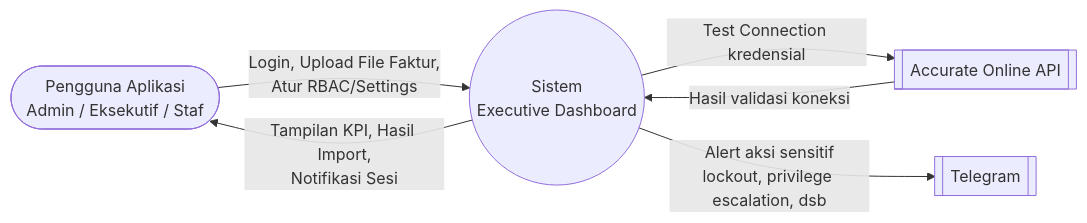
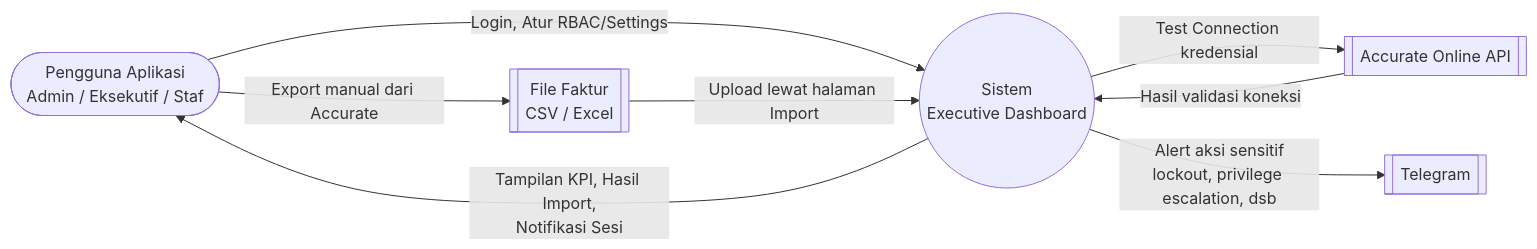
One commit to wp-datascape/e-dashboard changed the first of 4 diagrams in user_guide.md. Above: the diagram before and after it, drawn with Mermaid. The commit also changed other lines of this file and 1 other file, not shown here.

Commit message:
fix: label dropdown Division + lengkapi DFD import data di user guide
- ScopeFilterFields: opsi "all" dropdown Division pakai label "All
  Divisions" (konsisten dengan "All Entities" di dropdown Company),
  sebelumnya cuma "All" generik
- user_guide.md: DFD Level 0 tambah entitas eksplisit "File Faktur
  (CSV/Excel)" - sebelumnya jalur import data cuma tersirat di teks
  panah, sementara Accurate Online API sudah punya box sendiri padahal
  cuma dipakai utk Test Connection (bukan sumber data yang berfungsi)

````diff
--- a/user_guide.md
+++ b/user_guide.md
@@ -643,15 +643,18 @@
 ```mermaid
 flowchart LR
     User([Pengguna Aplikasi<br/>Admin / Eksekutif / Staf])
+    FileImport[[File Faktur<br/>CSV / Excel]]
     Sistem((Sistem<br/>Executive Dashboard))
     Accurate[[Accurate Online API]]
     Telegram[[Telegram]]
 
-    User -->|Login, Upload File Faktur,<br/>Atur RBAC/Settings| Sistem
+    User -->|Login, Atur RBAC/Settings| Sistem
+    User -->|Export manual dari Accurate| FileImport
+    FileImport -->|Upload lewat halaman Import| Sistem
     Sistem -->|Tampilan KPI, Hasil Import,<br/>Notifikasi Sesi| User
 
     Sistem -->|Test Connection kredensial| Accurate
     Accurate -->|Hasil validasi koneksi| Sistem
 
     Sistem -->|Alert aksi sensitif<br/>lockout, privilege escalation, dsb| Telegram
 ```
````
